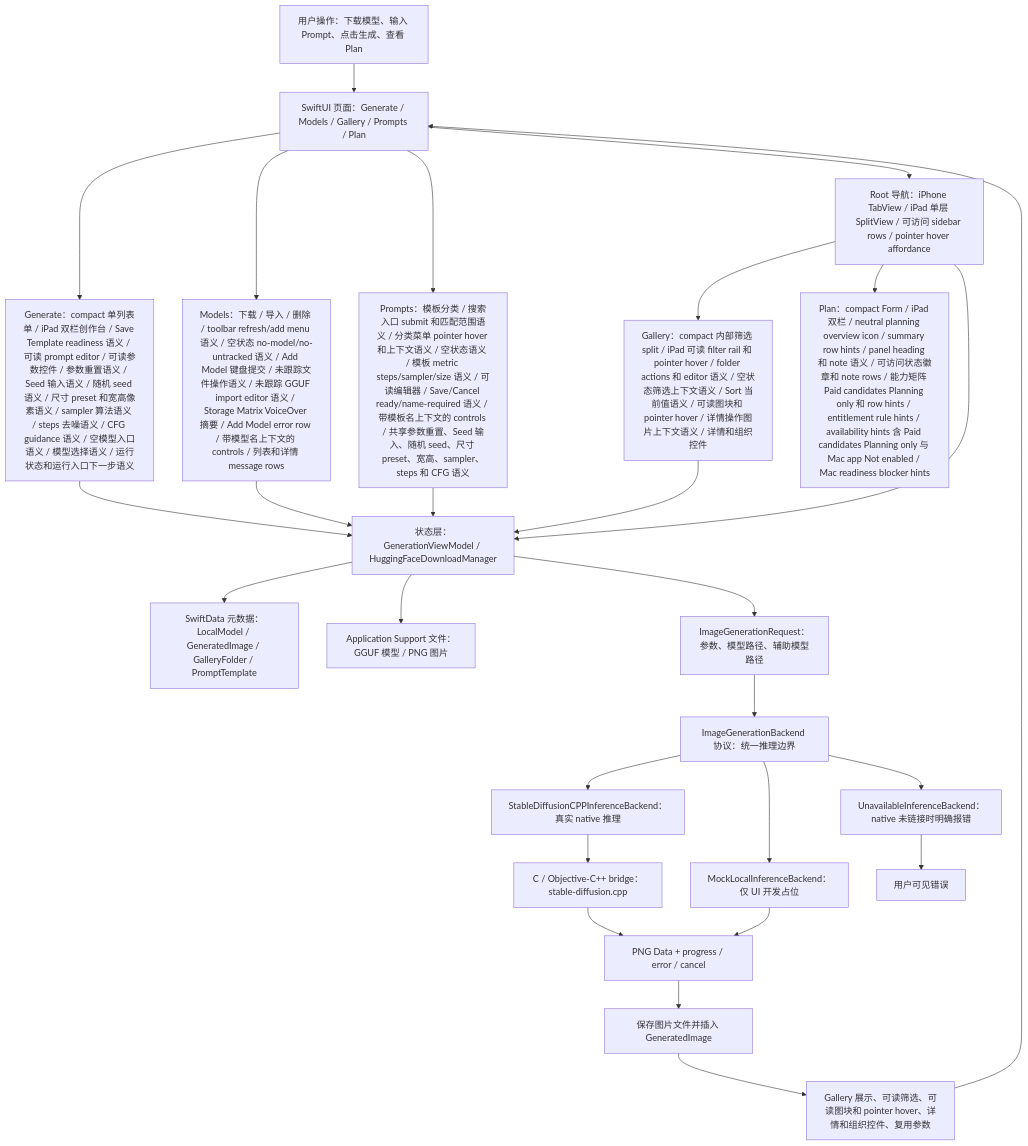
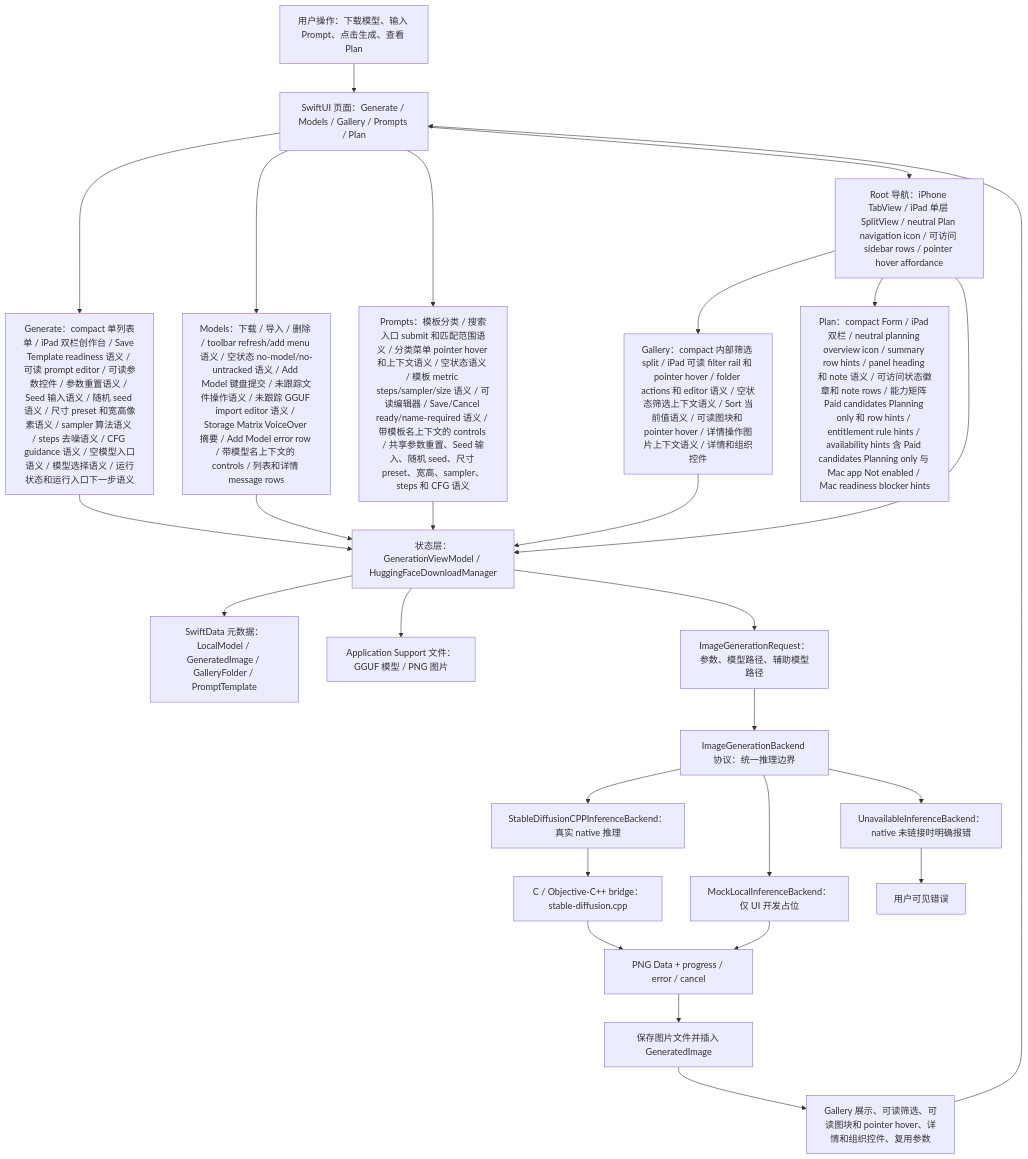
The first of 7 diagrams in md/flow/flowchart.md (Altman-sam114/118), drawn with Mermaid before and after one commit. The commit also changed 5 other files, not shown here.

First line of the commit message:
v1.70: Plan navigation planning icon

````diff
--- a/md/flow/flowchart.md
+++ b/md/flow/flowchart.md
@@ -9,29 +9,29 @@
 ```mermaid
 flowchart TD
   U["用户操作：下载模型、输入 Prompt、点击生成、查看 Plan"] --> UI["SwiftUI 页面：Generate / Models / Gallery / Prompts / Plan"]
   UI --> GENUI["Generate：compact 单列表单 / iPad 双栏创作台 / Save Template readiness 语义 / 可读 prompt editor / 可读参数控件 / 参数重置语义 / Seed 输入语义 / 随机 seed 语义 / 尺寸 preset 和宽高像素语义 / sampler 算法语义 / steps 去噪语义 / CFG guidance 语义 / 空模型入口语义 / 模型选择语义 / 运行状态和运行入口下一步语义"]
   UI --> MODELUI["Models：下载 / 导入 / 删除 / toolbar refresh/add menu 语义 / 空状态 no-model/no-untracked 语义 / Add Model 键盘提交 / 未跟踪文件操作语义 / 未跟踪 GGUF import editor 语义 / Storage Matrix VoiceOver 摘要 / Add Model error row / 带模型名上下文的 controls / 列表和详情 message rows"]
   UI --> PROMPTUI["Prompts：模板分类 / 搜索入口 submit 和匹配范围语义 / 分类菜单 pointer hover 和上下文语义 / 空状态语义 / 模板 metric steps/sampler/size 语义 / 可读编辑器 / Save/Cancel ready/name-required 语义 / 带模板名上下文的 controls / 共享参数重置、Seed 输入、随机 seed、尺寸 preset、宽高、sampler、steps 和 CFG 语义"]
-  UI --> NAV["Root 导航：iPhone TabView / iPad 单层 SplitView / 可访问 sidebar rows / pointer hover affordance"]
+  UI --> NAV["Root 导航：iPhone TabView / iPad 单层 SplitView / neutral Plan navigation icon / 可访问 sidebar rows / pointer hover affordance"]
   NAV --> GALUI["Gallery：compact 内部筛选 split / iPad 可读 filter rail 和 pointer hover / folder actions 和 editor 语义 / 空状态筛选上下文语义 / Sort 当前值语义 / 可读图块和 pointer hover / 详情操作图片上下文语义 / 详情和组织控件"]
   NAV --> PLANUI["Plan：compact Form / iPad 双栏 / neutral planning overview icon / summary row hints / panel heading 和 note 语义 / 可访问状态徽章和 note rows / 能力矩阵 Paid candidates Planning only 和 row hints / entitlement rule hints / availability hints 含 Paid candidates Planning only 与 Mac app Not enabled / Mac readiness blocker hints"]
   NAV --> VM["状态层：GenerationViewModel / HuggingFaceDownloadManager"]
   GENUI --> VM
   MODELUI --> VM
   PROMPTUI --> VM
   GALUI --> VM
   VM --> SD["SwiftData 元数据：LocalModel / GeneratedImage / GalleryFolder / PromptTemplate"]
   VM --> FS["Application Support 文件：GGUF 模型 / PNG 图片"]
   VM --> REQ["ImageGenerationRequest：参数、模型路径、辅助模型路径"]
   REQ --> IFACE["ImageGenerationBackend 协议：统一推理边界"]
   IFACE --> NATIVE["StableDiffusionCPPInferenceBackend：真实 native 推理"]
   IFACE --> MOCK["MockLocalInferenceBackend：仅 UI 开发占位"]
   IFACE --> OFF["UnavailableInferenceBackend：native 未链接时明确报错"]
   NATIVE --> BRIDGE["C / Objective-C++ bridge：stable-diffusion.cpp"]
   BRIDGE --> PNG["PNG Data + progress / error / cancel"]
   MOCK --> PNG
   OFF --> ERR["用户可见错误"]
   PNG --> SAVE["保存图片文件并插入 GeneratedImage"]
   SAVE --> GALLERY["Gallery 展示、可读筛选、可读图块和 pointer hover、详情和组织控件、复用参数"]
   GALLERY --> UI
 ```
````
